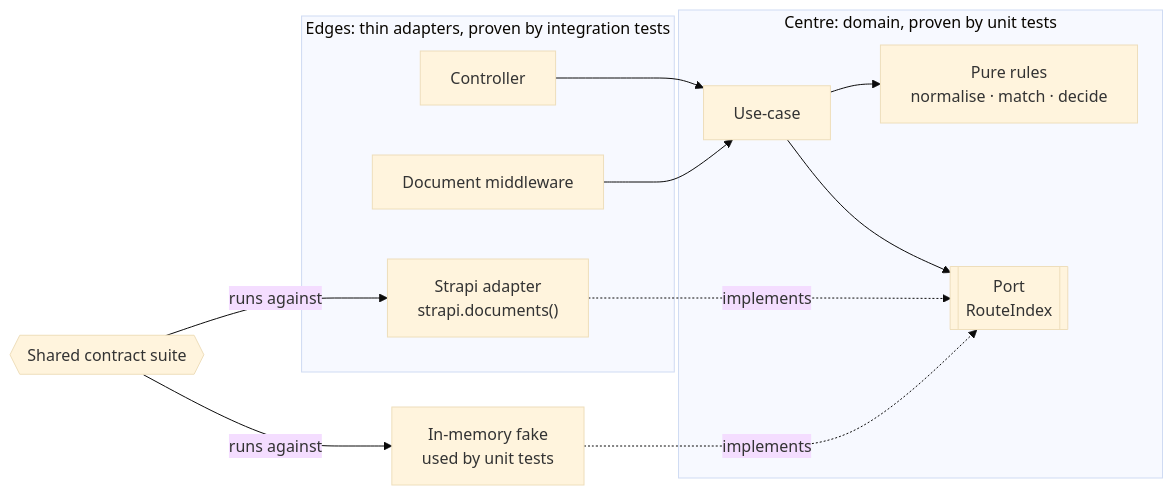
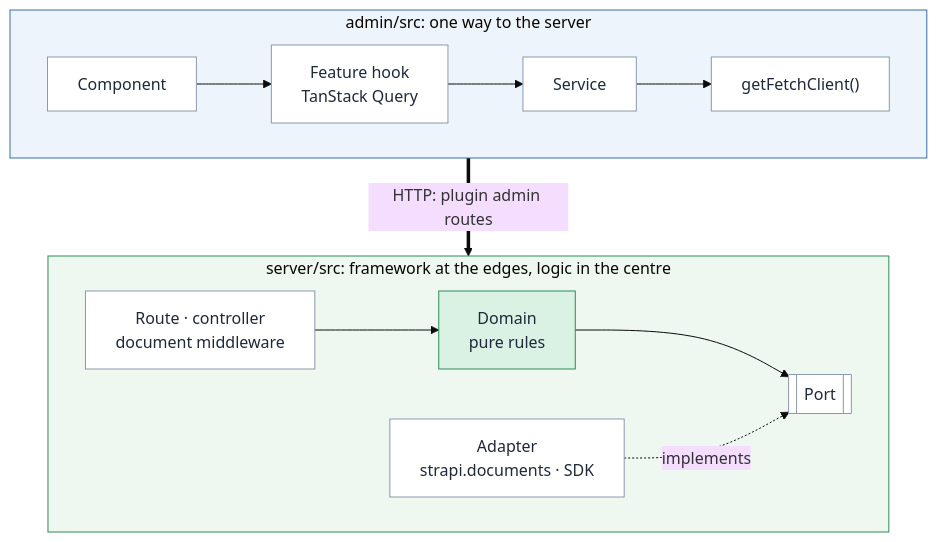
One commit to ayhid/strapi-skills changed the third of 4 diagrams in README.md. Above: the diagram before and after it, drawn with Mermaid (base theme). The commit also changed other lines of this file, not shown here.

Commit message:
Rewrite the README around the goal, usage and workflow, with clearer diagrams

````diff
--- a/README.md
+++ b/README.md
@@ -131,21 +194,18 @@
 ```mermaid
-flowchart LR
-    subgraph Edges["Edges: thin adapters, proven by integration tests"]
-        CTRL[Controller]
-        MW[Document middleware]
-        ADP["Strapi adapter<br/>strapi.documents()"]
+flowchart TB
+    subgraph ADMIN["admin/src: one way to the server"]
+        direction LR
+        CMP["Component"] --> HK["Feature hook<br/>TanStack Query"] --> SVC["Service"] --> GFC["getFetchClient()"]
     end
-    subgraph Centre["Centre: domain, proven by unit tests"]
-        UC[Use-case]
-        DOM["Pure rules<br/>normalise · match · decide"]
-        PORT[["Port<br/>RouteIndex"]]
+    subgraph SERVER["server/src: framework at the edges, logic in the centre"]
+        direction LR
+        RT["Route · controller<br/>document middleware"] --> DOM["Domain<br/>pure rules"] --> PORT[["Port"]]
+        ADP["Adapter<br/>strapi.documents · SDK"] -. implements .-> PORT
     end
-    CTRL --> UC
-    MW --> UC
-    UC --> DOM
-    UC --> PORT
-    ADP -. implements .-> PORT
-    FAKE["In-memory fake<br/>used by unit tests"] -. implements .-> PORT
-    SUITE{{"Shared contract suite"}} -- runs against --> FAKE
-    SUITE -- runs against --> ADP
+    ADMIN ==>|"HTTP: plugin admin routes"| SERVER
+    classDef box fill:#ffffff,stroke:#8a99ad,color:#1f2937
+    class CMP,HK,SVC,GFC,RT,PORT,ADP box
+    style ADMIN fill:#eef4fb,stroke:#3a6ea5
+    style SERVER fill:#eef8f1,stroke:#2e8b57
+    style DOM fill:#d9f2e3,stroke:#2e8b57,color:#1f2937
 ```
````
